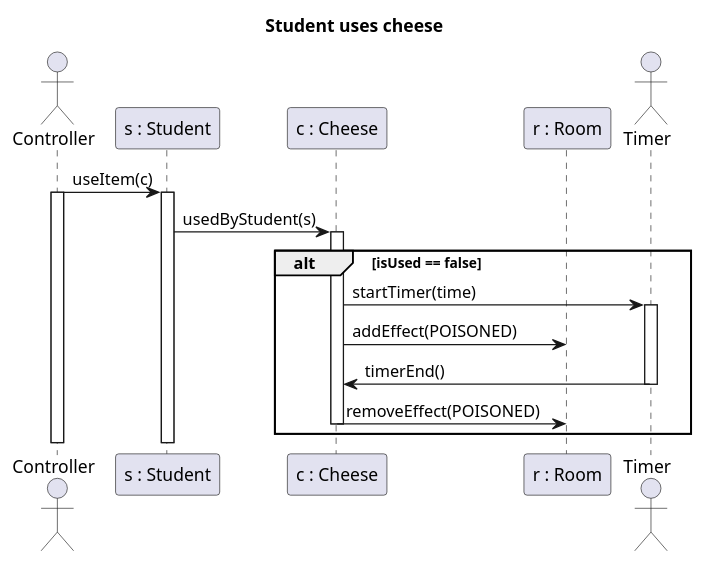
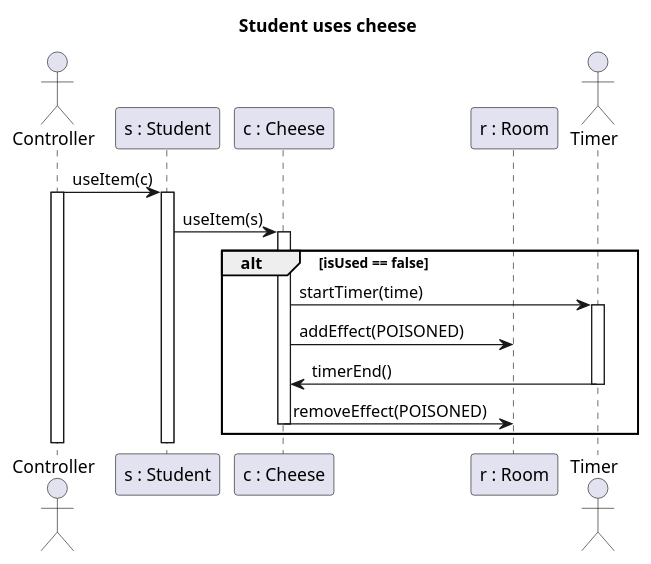
The diagram in Reko/cheese.plantuml (MBakter/echo), drawn with PlantUML before and after one commit. The commit also changed 1 other file, not shown here.

```diff
--- a/Reko/cheese.plantuml
+++ b/Reko/cheese.plantuml
@@ -1,27 +1,27 @@
 @startuml Student uses cheese
 title Student uses cheese
 
 actor Controller as C
 participant "s : Student" as s
 participant "c : Cheese" as c
 participant "r : Room" as r
 actor Timer as t
 
 C -> s : useItem(c)
 Activate C
 Activate s
-s -> c : usedByStudent(s)
+s -> c : useItem(s)
 activate c
 alt isUsed == false
     c -> t : startTimer(time)
     Activate t
     c -> r : addEffect(POISONED)
     t -> c : timerEnd()
     Deactivate t
     c -> r : removeEffect(POISONED)
     Deactivate c
 end
 Deactivate s
 Deactivate C
 
 @enduml
```
